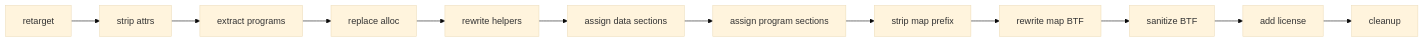
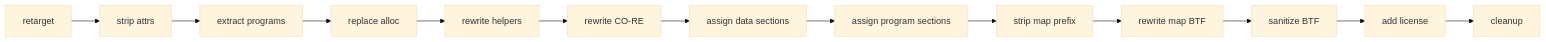
One commit to kyleseneker/tinybpf changed the second of 2 diagrams in docs/ARCHITECTURE.md. Above: the diagram before and after it, drawn with Mermaid (base theme). The commit also changed other lines of this file and 3 other files, not shown here.

````diff
--- a/docs/ARCHITECTURE.md
+++ b/docs/ARCHITECTURE.md
@@ -121,14 +123,15 @@
 ```mermaid
 graph LR
     A["retarget"] --> B["strip attrs"]
     B --> C["extract programs"]
     C --> D["replace alloc"]
     D --> E["rewrite helpers"]
-    E --> F["assign data sections"]
+    E --> E2["rewrite CO-RE"]
+    E2 --> F["assign data sections"]
     F --> G["assign program sections"]
     G --> H["strip map prefix"]
     H --> I["rewrite map BTF"]
     I --> J["sanitize BTF"]
     J --> K["add license"]
     K --> L["cleanup"]
 ```
````
